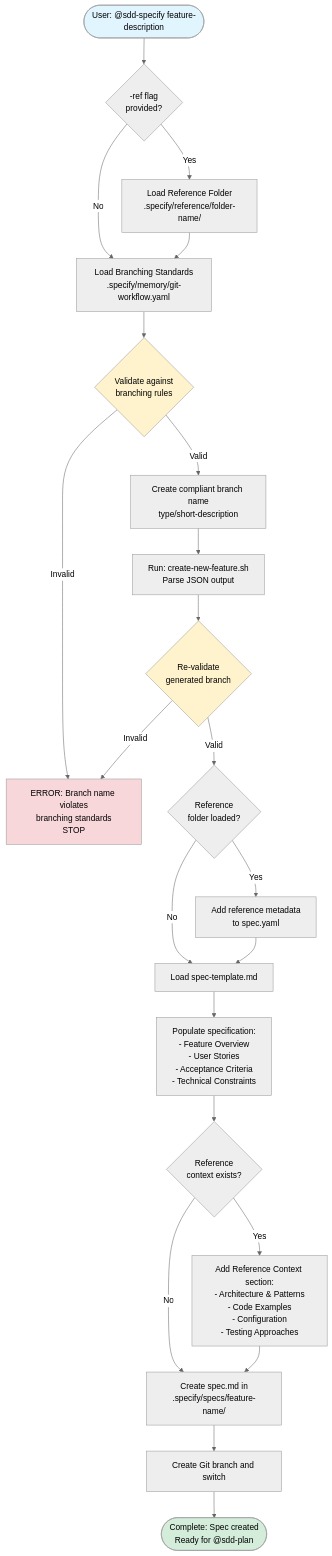
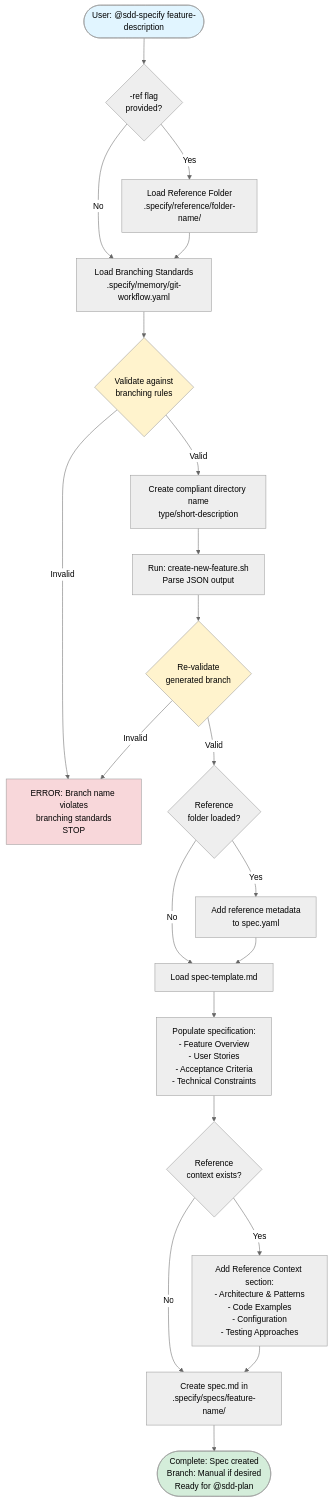
Before and after one commit to sdd-toolkit/ai-code-assistant: the diagram in docs/flow-specify.md, drawn with Mermaid (neutral theme). The commit also changed other lines of this file and 9 other files, not shown here.

Commit message:
Improve spec workflow, remove auto git checkout

````diff
--- a/docs/flow-specify.md
+++ b/docs/flow-specify.md
@@ -3,45 +3,43 @@
 ```mermaid
 flowchart TD
     Start([User: @sdd-specify feature-description]) --> CheckRef{-ref flag<br/>provided?}
 
     CheckRef -->|No| LoadBranching[Load Branching Standards<br/>.specify/memory/git-workflow.yaml]
     CheckRef -->|Yes| LoadRef[Load Reference Folder<br/>.specify/reference/folder-name/]
 
     LoadRef --> LoadBranching
 
     LoadBranching --> ValidateBranch{Validate against<br/>branching rules}
 
     ValidateBranch -->|Invalid| ErrorBranch[ERROR: Branch name violates<br/>branching standards<br/>STOP]
-    ValidateBranch -->|Valid| CreateBranch[Create compliant branch name<br/>type/short-description]
+    ValidateBranch -->|Valid| CreateDirName[Create compliant directory name<br/>type/short-description]
 
-    CreateBranch --> RunScript[Run: create-new-feature.sh<br/>Parse JSON output]
+    CreateDirName --> RunScript[Run: create-new-feature.sh<br/>Parse JSON output]
 
     RunScript --> PostValidate{Re-validate<br/>generated branch}
 
     PostValidate -->|Invalid| ErrorBranch
     PostValidate -->|Valid| CheckRefLoad{Reference<br/>folder loaded?}
 
     CheckRefLoad -->|Yes| AddMetadata[Add reference metadata<br/>to spec.yaml]
     CheckRefLoad -->|No| LoadTemplate[Load spec-template.md]
 
     AddMetadata --> LoadTemplate
 
     LoadTemplate --> PopulateSpec[Populate specification:<br/>- Feature Overview<br/>- User Stories<br/>- Acceptance Criteria<br/>- Technical Constraints]
 
     PopulateSpec --> CheckRefContext{Reference<br/>context exists?}
 
     CheckRefContext -->|Yes| AddRefSection[Add Reference Context section:<br/>- Architecture & Patterns<br/>- Code Examples<br/>- Configuration<br/>- Testing Approaches]
     CheckRefContext -->|No| CreateSpec[Create spec.md in<br/>.specify/specs/feature-name/]
 
     AddRefSection --> CreateSpec
 
-    CreateSpec --> CreateBranchGit[Create Git branch and switch]
-
-    CreateBranchGit --> Done([Complete: Spec created<br/>Ready for @sdd-plan])
+    CreateSpec --> Done([Complete: Spec created<br/>Branch: Manual if desired<br/>Ready for @sdd-plan])
 
     style Start fill:#e1f5ff
     style Done fill:#d4edda
     style ErrorBranch fill:#f8d7da
     style ValidateBranch fill:#fff3cd
     style PostValidate fill:#fff3cd
 ```
````
